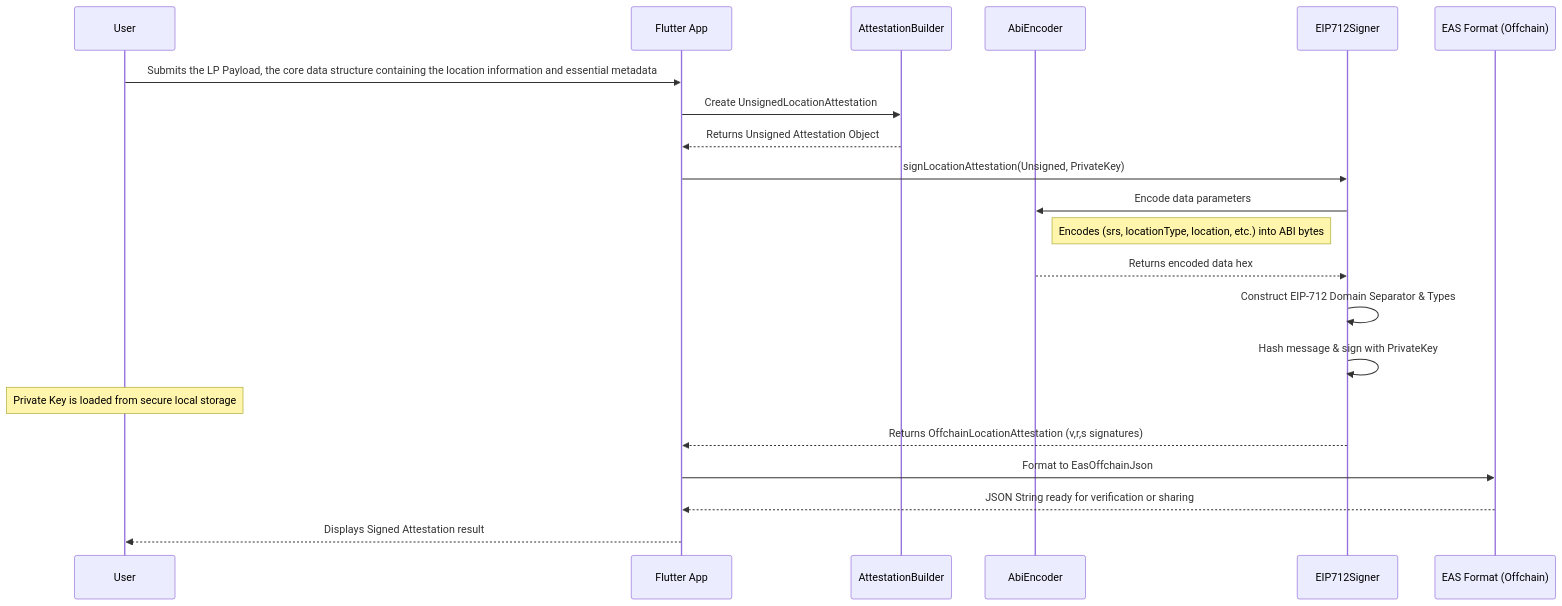
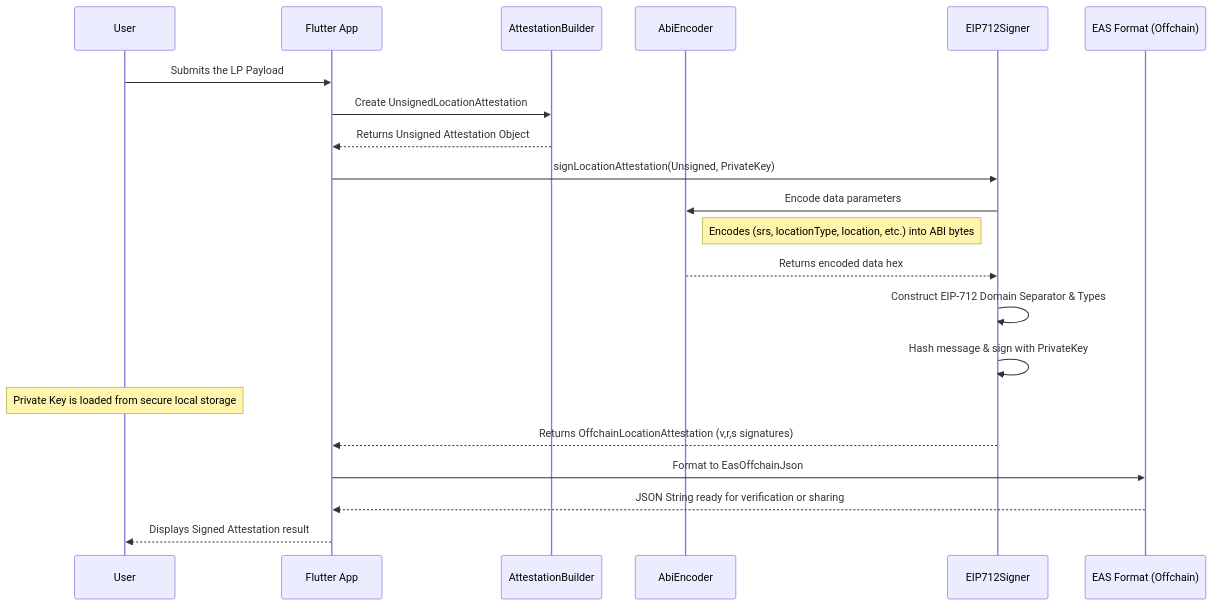
Before and after one commit to SethDocherty/location-protocol-flutter-app: the diagram in docs/location_protocol_architecture.md, drawn with Mermaid. The commit also changed other lines of this file, not shown here.

Commit message:
tweaked diagram text and added a note about the LP payload

````diff
--- a/docs/location_protocol_architecture.md
+++ b/docs/location_protocol_architecture.md
@@ -15,29 +15,29 @@
 ```mermaid
 sequenceDiagram
     participant User
     participant App as Flutter App
     participant Builder as AttestationBuilder
     participant Encoder as AbiEncoder
     participant Signer as EIP712Signer
     participant EAS as EAS Format (Offchain)
 
-    User->>App: Submits the LP Payload, the core data structure containing the location information and essential metadata
+    User->>App: Submits the LP Payload
     App->>Builder: Create UnsignedLocationAttestation
     Builder-->>App: Returns Unsigned Attestation Object
 
     App->>Signer: signLocationAttestation(Unsigned, PrivateKey)
     
     Signer->>Encoder: Encode data parameters
     Note right of Encoder: Encodes (srs, locationType, location, etc.) into ABI bytes
     Encoder-->>Signer: Returns encoded data hex
 
     Signer->>Signer: Construct EIP-712 Domain Separator & Types
     Signer->>Signer: Hash message & sign with PrivateKey
     Note over User: Private Key is loaded from secure local storage
 
     Signer-->>App: Returns OffchainLocationAttestation (v,r,s signatures)
 
     App->>EAS: Format to EasOffchainJson
     EAS-->>App: JSON String ready for verification or sharing
     App-->>User: Displays Signed Attestation result
 ```
````
